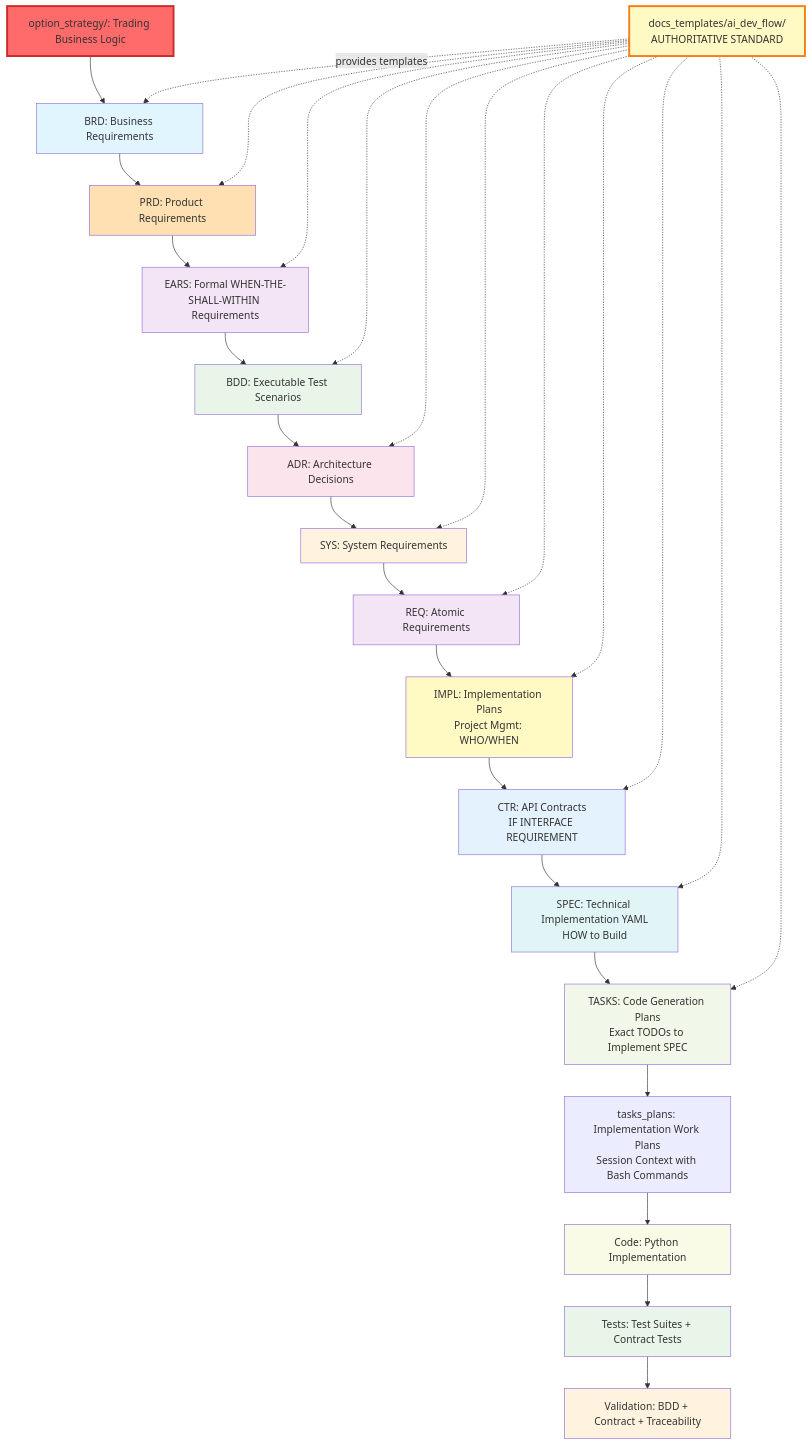
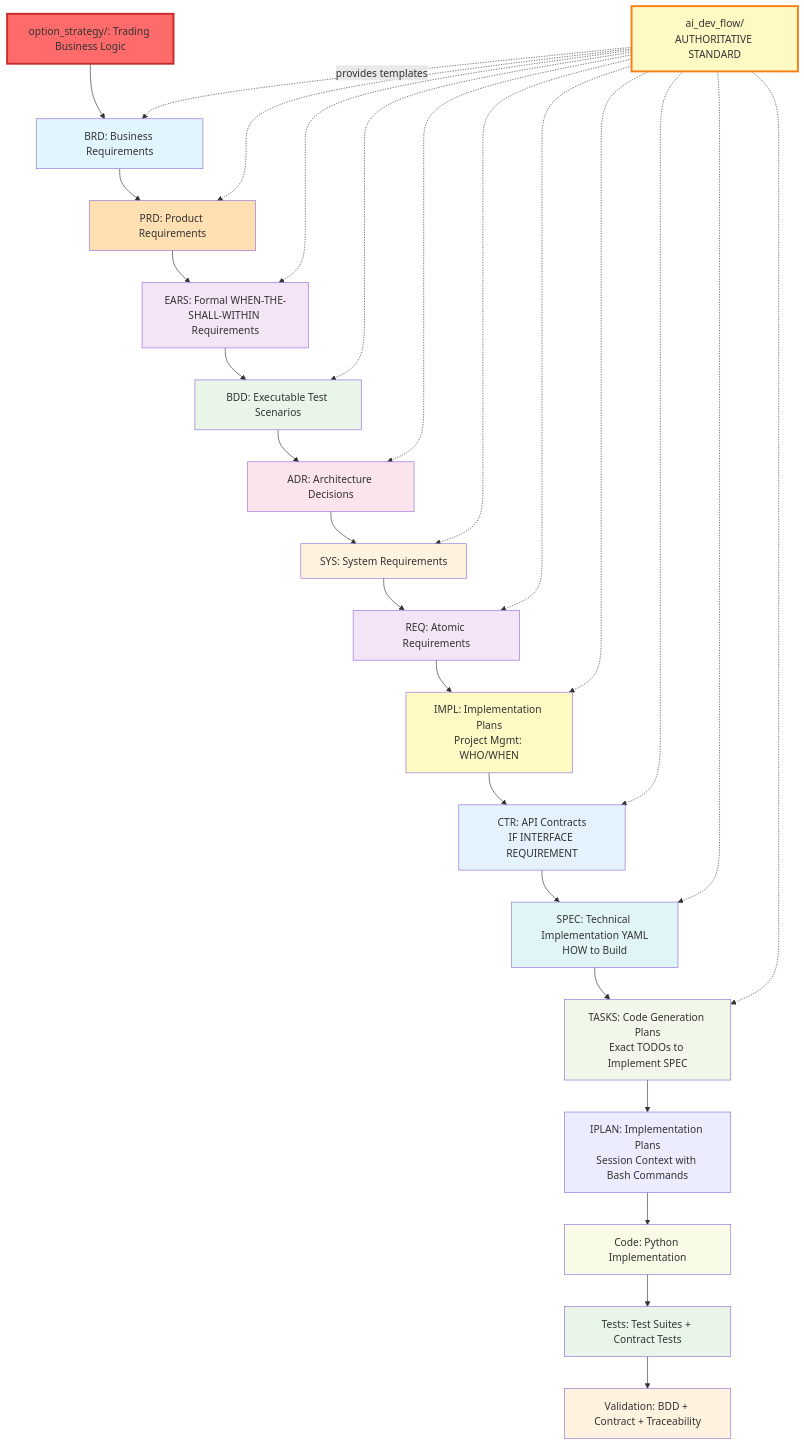
Before and after one commit to vladm3105/aidoc-flow-framework: the diagram in .claude/skills/doc-flow/SKILL.md, drawn with Mermaid. The commit also changed other lines of this file and 255 other files, not shown here.

````diff
--- a/.claude/skills/doc-flow/SKILL.md
+++ b/.claude/skills/doc-flow/SKILL.md
@@ -155,46 +155,46 @@
 ```mermaid
 flowchart TD
     Strategy[option_strategy/: Trading Business Logic] --> BRD[BRD: Business Requirements]
     BRD --> PRD[PRD: Product Requirements]
     PRD --> EARS[EARS: Formal WHEN-THE-SHALL-WITHIN Requirements]
     EARS --> BDD[BDD: Executable Test Scenarios]
     BDD --> ADR[ADR: Architecture Decisions]
     ADR --> SYS[SYS: System Requirements]
     SYS --> REQ[REQ: Atomic Requirements]
     REQ --> IMPL[IMPL: Implementation Plans<br/>Project Mgmt: WHO/WHEN]
     IMPL --> CTR[CTR: API Contracts<br/>IF INTERFACE REQUIREMENT]
     CTR --> SPEC[SPEC: Technical Implementation YAML<br/>HOW to Build]
     SPEC --> TASKS[TASKS: Code Generation Plans<br/>Exact TODOs to Implement SPEC]
-    TASKS --> TP[tasks_plans: Implementation Work Plans<br/>Session Context with Bash Commands]
+    TASKS --> TP[IPLAN: Implementation Plans<br/>Session Context with Bash Commands]
     TP --> Code[Code: Python Implementation]
     Code --> Tests[Tests: Test Suites + Contract Tests]
     Tests --> Validation[Validation: BDD + Contract + Traceability]
-    Templates[docs_templates/ai_dev_flow/<br/>AUTHORITATIVE STANDARD] -.->|provides templates| BRD
+    Templates[ai_dev_flow/<br/>AUTHORITATIVE STANDARD] -.->|provides templates| BRD
     Templates -.-> PRD
     Templates -.-> EARS
     Templates -.-> BDD
     Templates -.-> ADR
     Templates -.-> SYS
     Templates -.-> REQ
     Templates -.-> IMPL
     Templates -.-> CTR
     Templates -.-> SPEC
     Templates -.-> TASKS
 
     style Strategy fill:#ff6b6b,stroke:#c92a2a,stroke-width:3px
     style BRD fill:#e1f5fe
     style PRD fill:#ffe0b2
     style EARS fill:#f3e5f5
     style BDD fill:#e8f5e8
     style ADR fill:#fce4ec
     style SYS fill:#fff3e0
     style REQ fill:#f3e5f5
     style IMPL fill:#fff9c4
     style CTR fill:#e3f2fd
     style SPEC fill:#e1f5f7
     style TASKS fill:#f1f8e9
     style Code fill:#f9fbe7
     style Tests fill:#e8f5e8
     style Validation fill:#fff3e0
     style Templates fill:#fff9c4,stroke:#f57f17,stroke-width:3px
 ```
````
